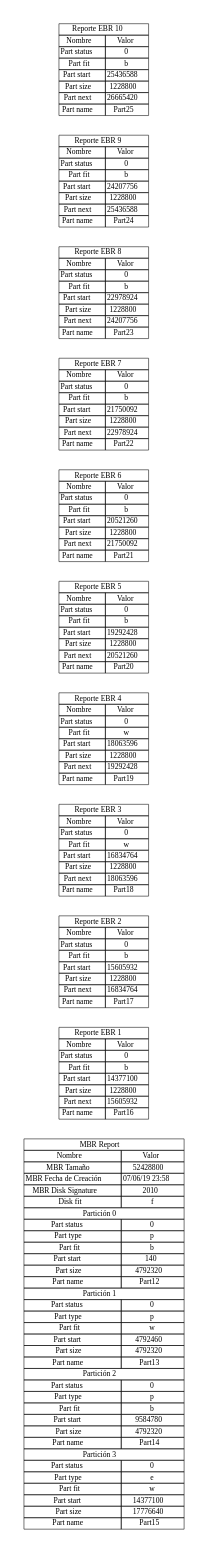
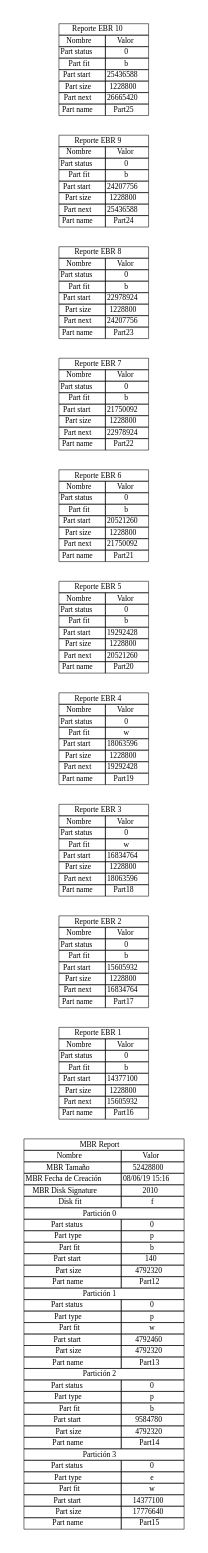
One commit to MacoChave/DiskParted changed the diagram in mbr_report.dot. Above: the diagram before and after it, drawn with Graphviz. The commit also changed 8 other files, not shown here.

```diff
--- a/mbr_report.dot
+++ b/mbr_report.dot
@@ -17,7 +17,7 @@
 			</tr>
 			<tr>
 				<td>MBR Fecha de Creación</td>
-				<td>07/06/19 23:58</td>
+				<td>08/06/19 15:16</td>
 			</tr>
 			<tr>
 				<td>MBR Disk Signature</td>
```
